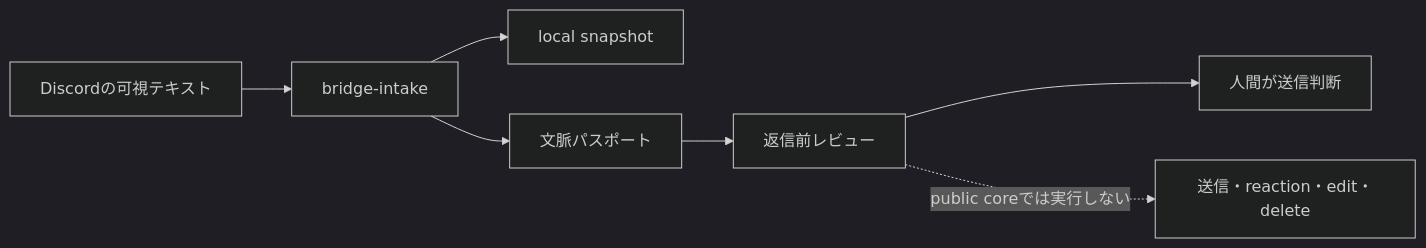
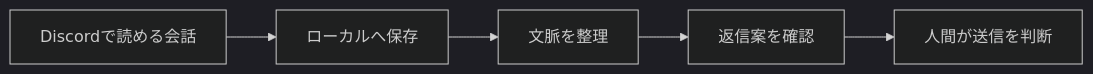
One commit to nexus-ai-2045/discord-context-bridge changed the diagram in README.md. Above: the diagram before and after it, drawn with Mermaid (dark theme). The commit also changed other lines of this file, not shown here.

````diff
--- a/README.md
+++ b/README.md
@@ -17,10 +17,7 @@
 ```mermaid
 flowchart LR
-  visible["Discordの可視テキスト"] --> intake["bridge-intake"]
-  intake --> ledger["local snapshot"]
-  intake --> context["文脈パスポート"]
-  context --> review["返信前レビュー"]
-  review --> human["人間が送信判断"]
-
-  review -. "public coreでは実行しない" .-> send["送信・reaction・edit・delete"]
+  discord["Discordで読める会話"] --> capture["ローカルへ保存"]
+  capture --> context["文脈を整理"]
+  context --> review["返信案を確認"]
+  review --> human["人間が送信を判断"]
 ```
````
